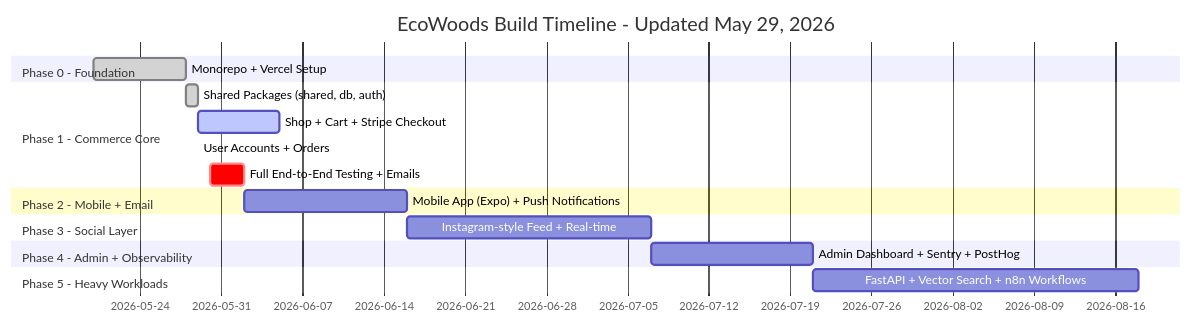
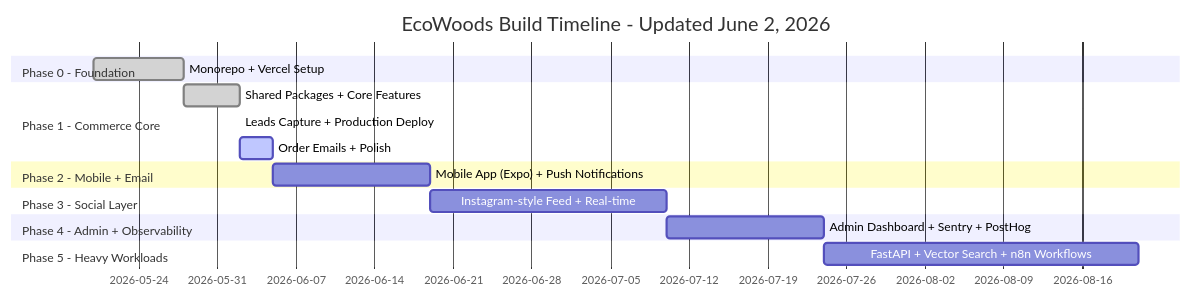
Before and after one commit to iceccarelli/ecowoods-app: the ninth of 9 diagrams in README.md, drawn with Mermaid. The commit also changed other lines of this file, not shown here.

First line of the commit message:
Revise README for June 2, 2026 project status

````diff
--- a/README.md
+++ b/README.md
@@ -1337,20 +1338,19 @@
 ```mermaid
 gantt
-    title EcoWoods Build Timeline - Updated May 29, 2026
+    title EcoWoods Build Timeline - Updated June 2, 2026
     dateFormat YYYY-MM-DD
     section Phase 0 - Foundation
     Monorepo + Vercel Setup :done, 2026-05-20, 2026-05-28
     section Phase 1 - Commerce Core
-    Shared Packages (shared, db, auth) :done, 2026-05-28, 2026-05-29
-    Shop + Cart + Stripe Checkout :active, 2026-05-29, 7d
-    User Accounts + Orders :done, 2026-05-29, 2026-05-29
-    Full End-to-End Testing + Emails :crit, 2026-05-30, 3d
+    Shared Packages + Core Features :done, 2026-05-28, 2026-06-02
+    Leads Capture + Production Deploy :done, 2026-06-02, 2026-06-02
+    Order Emails + Polish :active, 2026-06-02, 3d
     section Phase 2 - Mobile + Email
-    Mobile App (Expo) + Push Notifications :2026-06-02, 14d
+    Mobile App (Expo) + Push Notifications :2026-06-05, 14d
     section Phase 3 - Social Layer
-    Instagram-style Feed + Real-time :2026-06-16, 21d
+    Instagram-style Feed + Real-time :2026-06-19, 21d
     section Phase 4 - Admin + Observability
-    Admin Dashboard + Sentry + PostHog :2026-07-07, 14d
+    Admin Dashboard + Sentry + PostHog :2026-07-10, 14d
     section Phase 5 - Heavy Workloads
-    FastAPI + Vector Search + n8n Workflows :2026-07-21, 28d
+    FastAPI + Vector Search + n8n Workflows :2026-07-24, 28d
 ```
````
